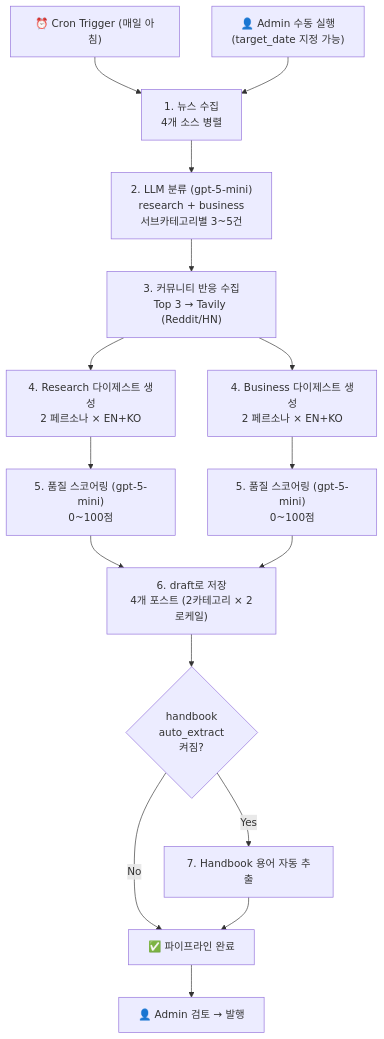
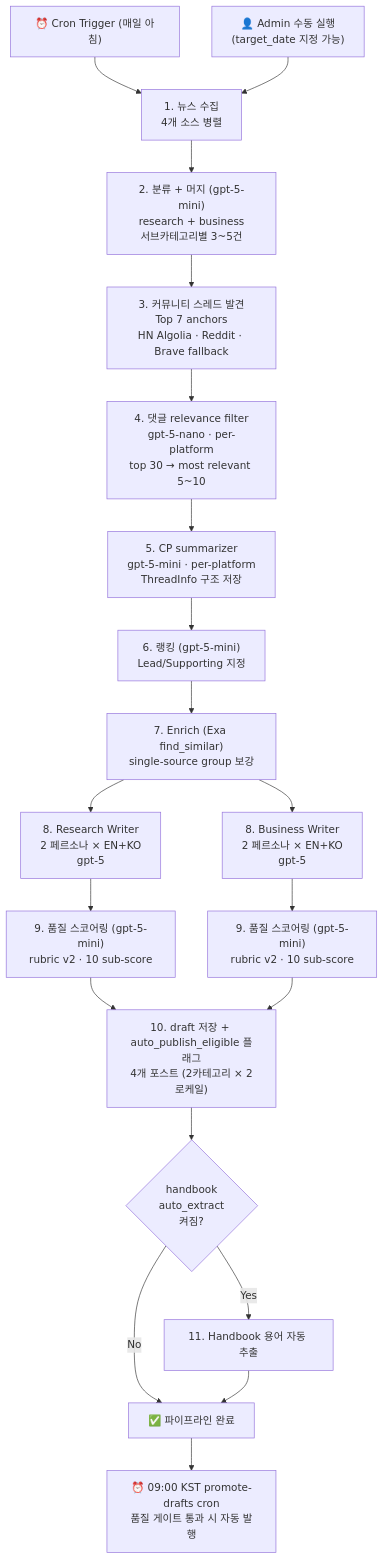
One commit to x0to1log/0to1log changed the first of 3 diagrams in vault/04-AI-System/AI-News-Pipeline-Design.md. Above: the diagram before and after it, drawn with Mermaid. The commit also changed other lines of this file and 3 other files, not shown here.

First line of the commit message:
docs(vault): refresh news pipeline mermaid charts + flow descriptions

````diff
--- a/vault/04-AI-System/AI-News-Pipeline-Design.md
+++ b/vault/04-AI-System/AI-News-Pipeline-Design.md
@@ -22,25 +22,29 @@
 ```mermaid
 flowchart TD
     CRON["⏰ Cron Trigger (매일 아침)"] --> COLLECT["1. 뉴스 수집\n4개 소스 병렬"]
     ADMIN_BTN["👤 Admin 수동 실행\n(target_date 지정 가능)"] --> COLLECT
 
-    COLLECT --> CLASSIFY["2. LLM 분류 (gpt-5-mini)\nresearch + business\n서브카테고리별 3~5건"]
+    COLLECT --> CLASSIFY["2. 분류 + 머지 (gpt-5-mini)\nresearch + business\n서브카테고리별 3~5건"]
 
-    CLASSIFY --> COMMUNITY["3. 커뮤니티 반응 수집\nTop 3 → Tavily (Reddit/HN)"]
+    CLASSIFY --> COMMUNITY["3. 커뮤니티 스레드 발견\nTop 7 anchors\nHN Algolia · Reddit · Brave fallback"]
+    COMMUNITY --> RELEVANCE["4. 댓글 relevance filter\ngpt-5-nano · per-platform\ntop 30 → most relevant 5~10"]
+    RELEVANCE --> SUMMARIZE["5. CP summarizer\ngpt-5-mini · per-platform\nThreadInfo 구조 저장"]
 
-    COMMUNITY --> GEN_R["4. Research 다이제스트 생성\n2 페르소나 × EN+KO"]
-    COMMUNITY --> GEN_B["4. Business 다이제스트 생성\n2 페르소나 × EN+KO"]
+    SUMMARIZE --> RANK["6. 랭킹 (gpt-5-mini)\nLead/Supporting 지정"]
+    RANK --> ENRICH["7. Enrich (Exa find_similar)\nsingle-source group 보강"]
+    ENRICH --> GEN_R["8. Research Writer\n2 페르소나 × EN+KO\ngpt-5"]
+    ENRICH --> GEN_B["8. Business Writer\n2 페르소나 × EN+KO\ngpt-5"]
 
-    GEN_R --> QUALITY_R["5. 품질 스코어링 (gpt-5-mini)\n0~100점"]
-    GEN_B --> QUALITY_B["5. 품질 스코어링 (gpt-5-mini)\n0~100점"]
+    GEN_R --> QUALITY_R["9. 품질 스코어링 (gpt-5-mini)\nrubric v2 · 10 sub-score"]
+    GEN_B --> QUALITY_B["9. 품질 스코어링 (gpt-5-mini)\nrubric v2 · 10 sub-score"]
 
-    QUALITY_R --> SAVE["6. draft로 저장\n4개 포스트 (2카테고리 × 2로케일)"]
+    QUALITY_R --> SAVE["10. draft 저장 + auto_publish_eligible 플래그\n4개 포스트 (2카테고리 × 2로케일)"]
     QUALITY_B --> SAVE
 
     SAVE --> HB{"handbook\nauto_extract\n켜짐?"}
-    HB -->|Yes| EXTRACT["7. Handbook 용어 자동 추출"]
+    HB -->|Yes| EXTRACT["11. Handbook 용어 자동 추출"]
     HB -->|No| DONE["✅ 파이프라인 완료"]
     EXTRACT --> DONE
 
-    DONE --> ADMIN_REVIEW["👤 Admin 검토 → 발행"]
+    DONE --> PROMOTE["⏰ 09:00 KST promote-drafts cron\n품질 게이트 통과 시 자동 발행"]
 ```
````
